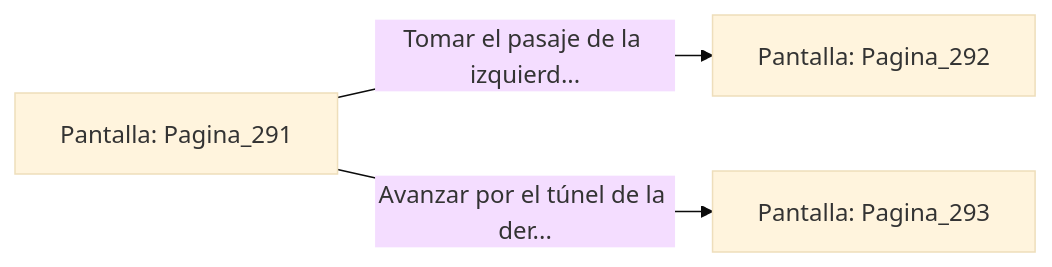
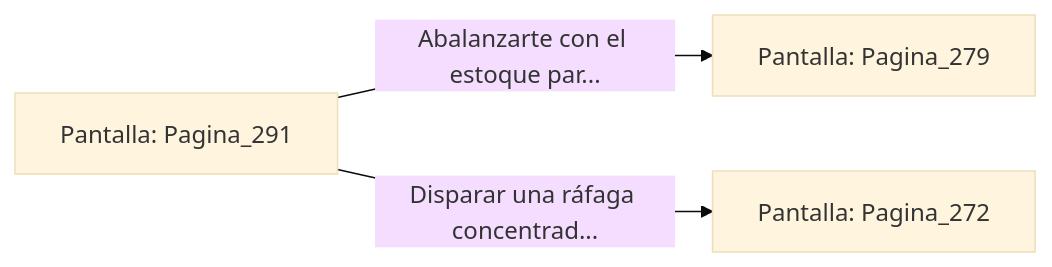
The diagram in sample/eligejuego-vault/Pantalla_Pagina_291.md (metsuke/mpl), drawn with Mermaid (base theme) before and after one commit. The commit also changed other lines of this file and 635 other files, not shown here.

First line of the commit message:
fix: añadir Pagina_1 como pantalla inicial en capitulo_01.mpl

````diff
--- a/sample/eligejuego-vault/Pantalla_Pagina_291.md
+++ b/sample/eligejuego-vault/Pantalla_Pagina_291.md
@@ -20,6 +24,6 @@
 ```mermaid
 graph LR
     P_Pagina_291["Pantalla: Pagina_291"]
-    P_Pagina_291 -->|"Tomar el pasaje de la izquierd..."| P_Pagina_292["Pantalla: Pagina_292"]
-    P_Pagina_291 -->|"Avanzar por el túnel de la der..."| P_Pagina_293["Pantalla: Pagina_293"]
+    P_Pagina_291 -->|"Abalanzarte con el estoque par..."| P_Pagina_279["Pantalla: Pagina_279"]
+    P_Pagina_291 -->|"Disparar una ráfaga concentrad..."| P_Pagina_272["Pantalla: Pagina_272"]
 ```
````
